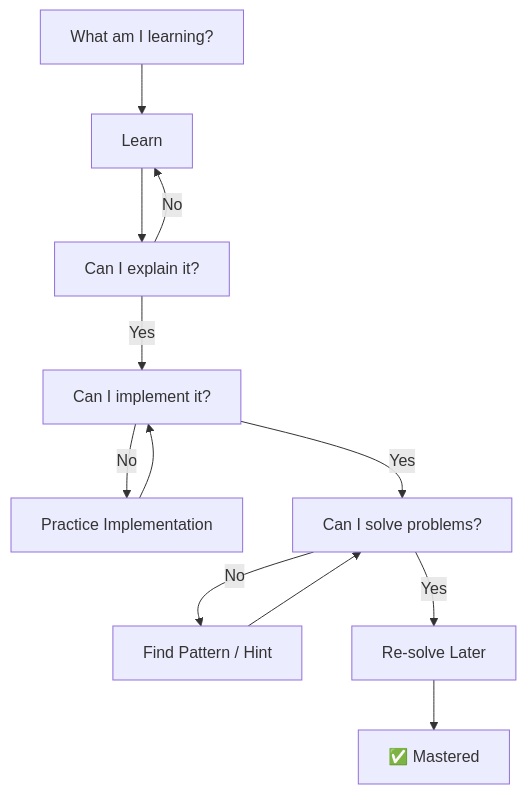
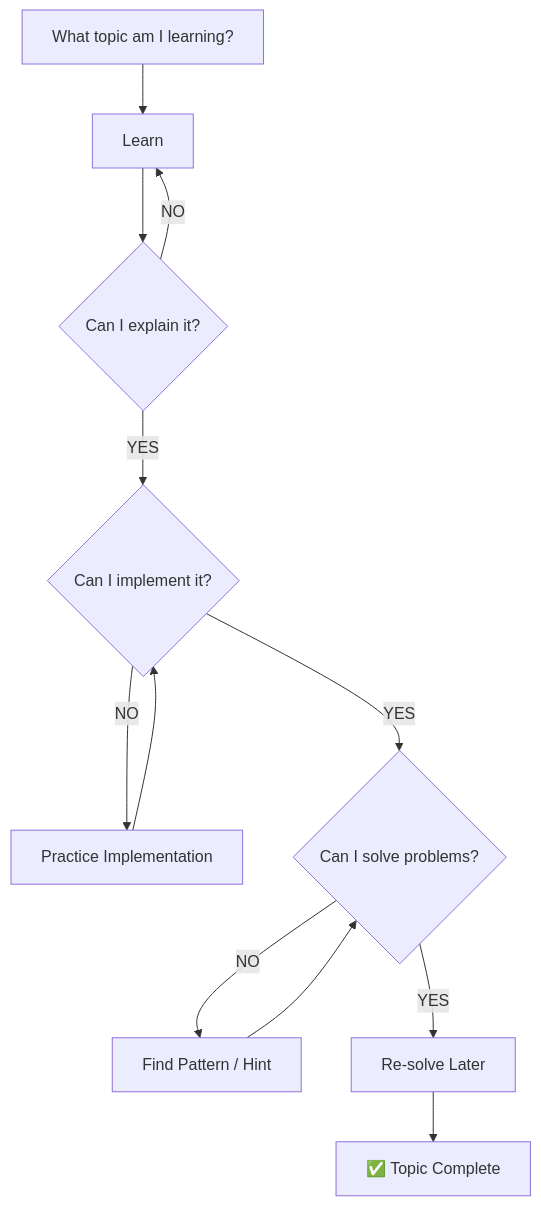
One commit to pavanganeshbhagathi/product-engineering-preparation changed the seventh of 7 diagrams in README.md. Above: the diagram before and after it, drawn with Mermaid. The commit also changed other lines of this file, not shown here.

First line of the commit message:
docs: refine product engineering roadmap and resources

````diff
--- a/README.md
+++ b/README.md
@@ -339,14 +494,19 @@
 ```mermaid
 flowchart TD
-    A["What am I learning?"] --> B["Learn"]
-    B --> C["Can I explain it?"]
-    C -->|No| B
-    C -->|Yes| D["Can I implement it?"]
-    D -->|No| E["Practice Implementation"]
+    A["What topic am I learning?"] --> B["Learn"]
+    B --> C{"Can I explain it?"}
+
+    C -->|NO| B
+    C -->|YES| D{"Can I implement it?"}
+
+    D -->|NO| E["Practice Implementation"]
     E --> D
-    D -->|Yes| F["Can I solve problems?"]
-    F -->|No| G["Find Pattern / Hint"]
+
+    D -->|YES| F{"Can I solve problems?"}
+
+    F -->|NO| G["Find Pattern / Hint"]
     G --> F
-    F -->|Yes| H["Re-solve Later"]
-    H --> I["✅ Mastered"]
+
+    F -->|YES| H["Re-solve Later"]
+    H --> I["✅ Topic Complete"]
 ```
````
